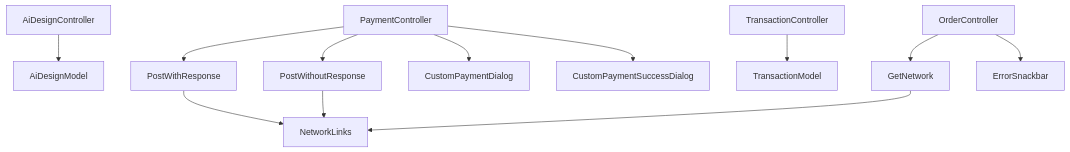
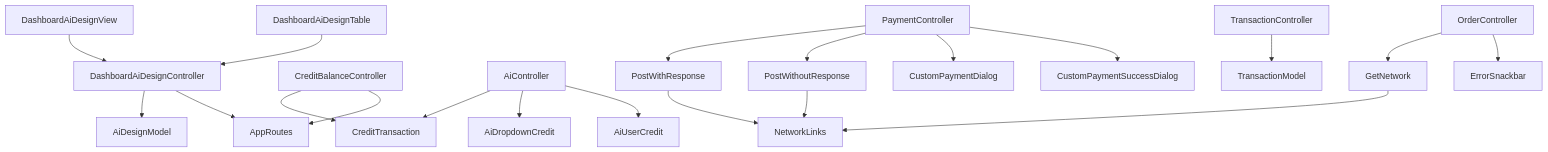
One commit to Ariful3111/FurniGo changed the ninth of 9 diagrams in .qoder/repowiki/en/content/Core Features/AI Design Services/Purchase and Download Workflow.md. Above: the diagram before and after it, drawn with Mermaid. The commit also changed other lines of this file and 67 other files, not shown here.

````diff
--- a/.qoder/repowiki/en/content/Core Features/AI Design Services/Purchase and Download Workflow.md
+++ b/.qoder/repowiki/en/content/Core Features/AI Design Services/Purchase and Download Workflow.md
@@ -322,14 +452,22 @@
 ```mermaid
 graph TD
-AICtrl["AiDesignController"] --> AIDesignModel["AiDesignModel"]
+DADController["DashboardAiDesignController"] --> DADModel["AiDesignModel"]
+DADView["DashboardAiDesignView"] --> DADController
+DADTable["DashboardAiDesignTable"] --> DADController
+CreditCtrl["CreditBalanceController"] --> CreditTransaction["CreditTransaction"]
+AiController["AiController"] --> CreditTransaction
+AiController --> CreditDropdown["AiDropdownCredit"]
+AiController --> UserCredit["AiUserCredit"]
 PayCtrl["PaymentController"] --> PostResp["PostWithResponse"]
 PayCtrl --> PostNoResp["PostWithoutResponse"]
 OrderCtrl["OrderController"] --> GetNet["GetNetwork"]
 TransCtrl["TransactionController"] --> TransactionModel["TransactionModel"]
 PostResp --> NetPath["NetworkLinks"]
 PostNoResp --> NetPath
 GetNet --> NetPath
 PayCtrl --> PayDialog["CustomPaymentDialog"]
 PayCtrl --> SuccessDialog["CustomPaymentSuccessDialog"]
 OrderCtrl --> ErrorSnackbar["ErrorSnackbar"]
+DADController --> Routes["AppRoutes"]
+CreditCtrl --> Routes
 ```
````
